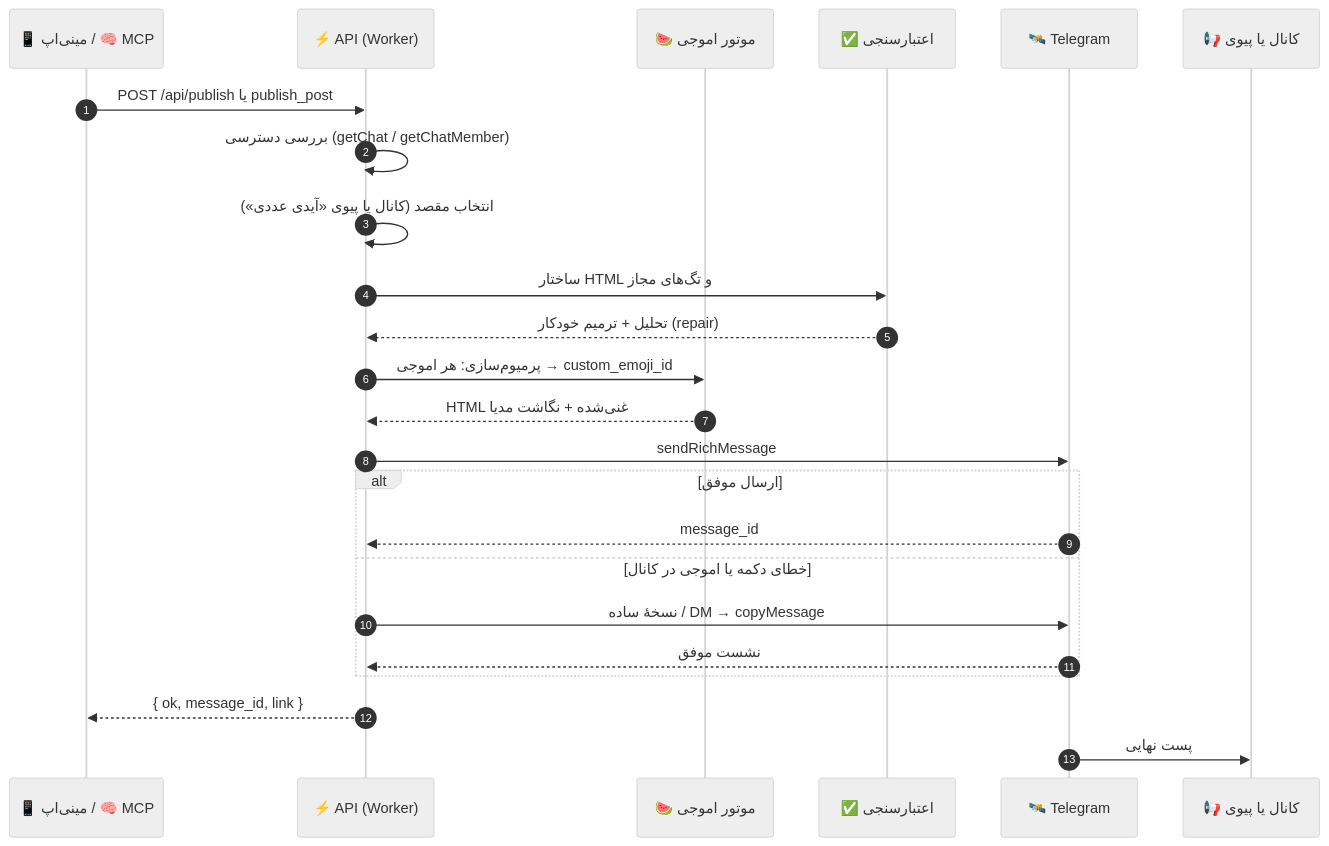
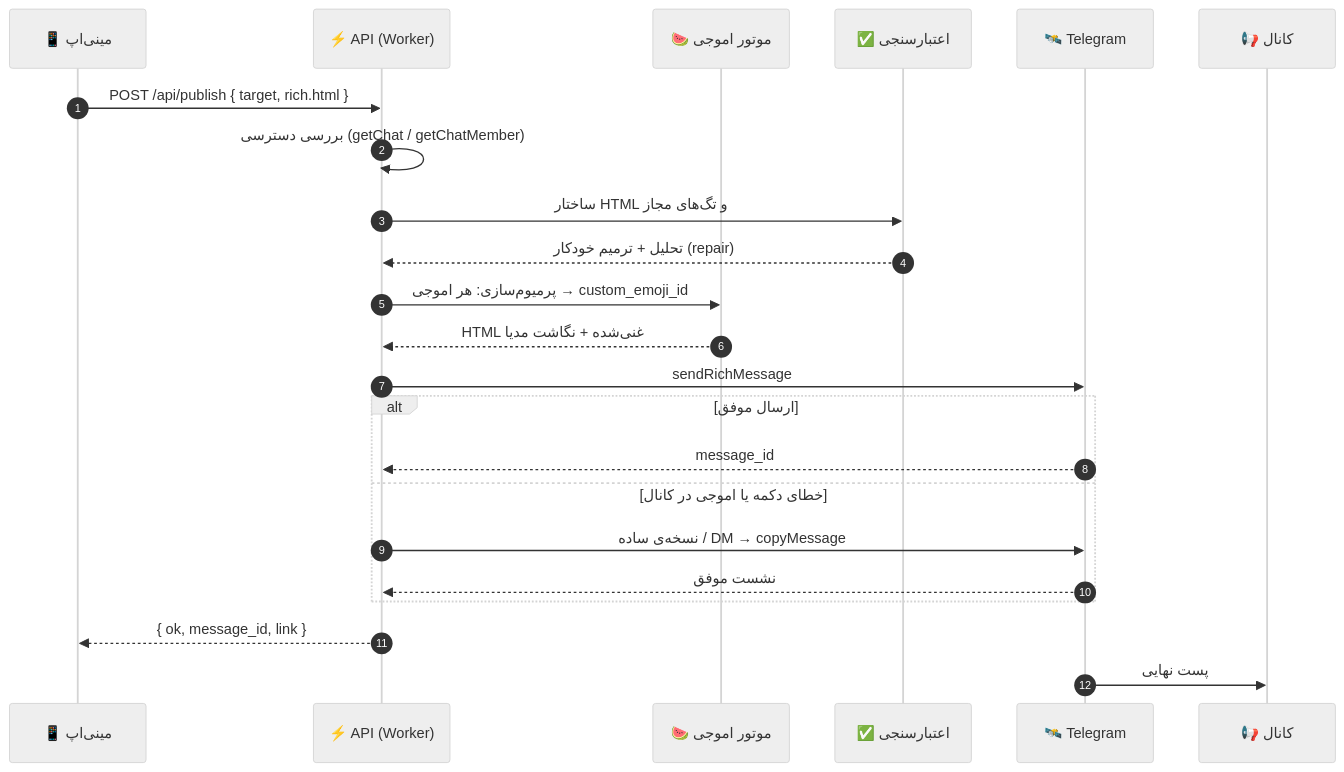
One commit to Alisarani7021/RasaRichBot changed the second of 4 diagrams in README.md. Above: the diagram before and after it, drawn with Mermaid (neutral theme). The commit also changed other lines of this file and 7 other files, not shown here.

````diff
--- a/README.md
+++ b/README.md
@@ -350,27 +368,26 @@
 ```mermaid
 sequenceDiagram
     autonumber
-    participant W as 📱 مینی‌اپ / 🧠 MCP
+    participant W as 📱 مینی‌اپ
     participant A as ⚡ API (Worker)
     participant E as 🍉 موتور اموجی
     participant V as ✅ اعتبارسنجی
     participant T as 🛰️ Telegram
-    participant C as 📢 کانال یا پیوی
+    participant C as 📢 کانال
 
-    W->>A: POST /api/publish یا publish_post
+    W->>A: POST /api/publish { target, rich.html }
     A->>A: بررسی دسترسی (getChat / getChatMember)
-    A->>A: انتخاب مقصد (کانال یا پیوی «آیدی عددی»)
     A->>V: ساختار HTML و تگ‌های مجاز
     V-->>A: تحلیل + ترمیم خودکار (repair)
     A->>E: پرمیوم‌سازی: هر اموجی → custom_emoji_id
     E-->>A: HTML غنی‌شده + نگاشت مدیا
     A->>T: sendRichMessage
     alt ارسال موفق
         T-->>A: message_id
     else خطای دکمه یا اموجی در کانال
-        A->>T: نسخهٔ ساده / DM → copyMessage
+        A->>T: نسخه‌ی ساده / DM → copyMessage
         T-->>A: نشست موفق
     end
     A-->>W: { ok, message_id, link }
     T->>C: پست نهایی
 ```
````
